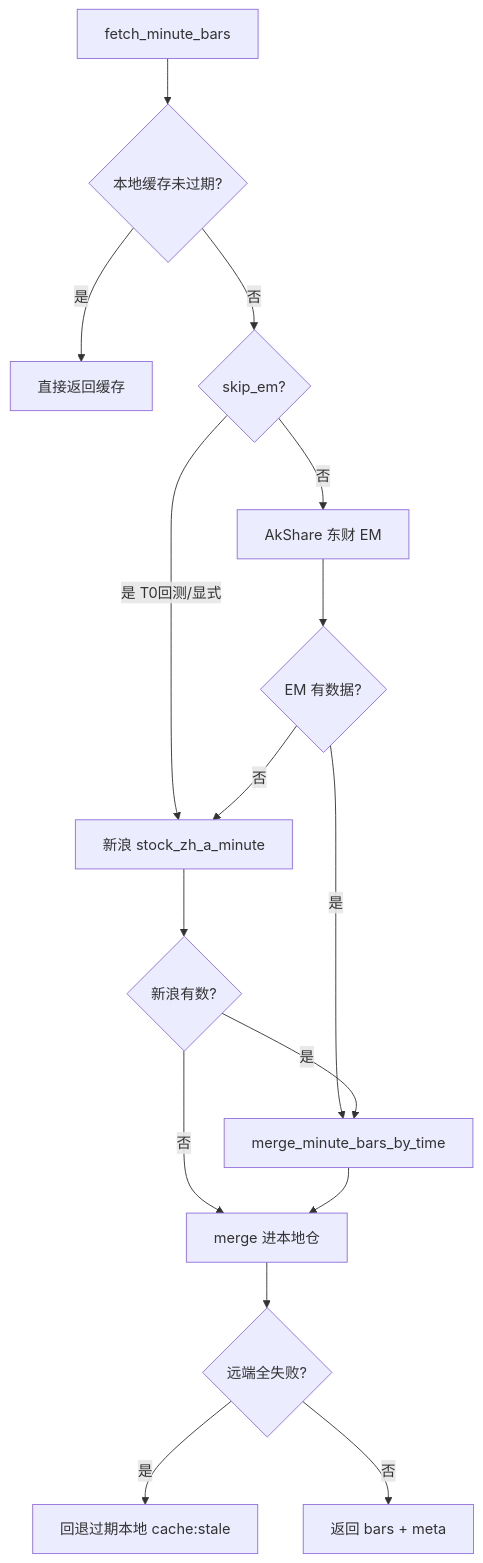
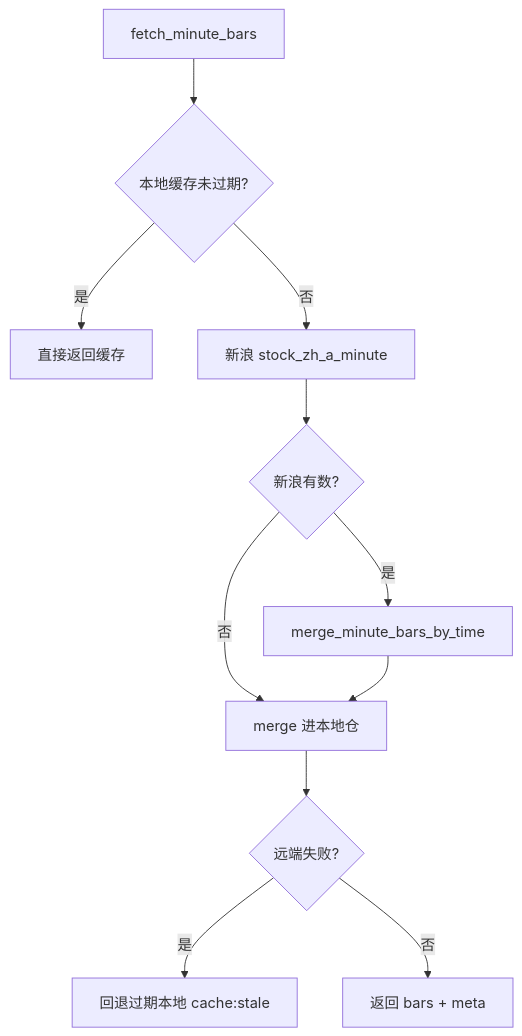
One commit to KaimingGao/workspace_gaokm changed the second of 3 diagrams in quantlab/docs/component/data.md. Above: the diagram before and after it, drawn with Mermaid. The commit also changed other lines of this file and 63 other files, not shown here.

````diff
--- a/quantlab/docs/component/data.md
+++ b/quantlab/docs/component/data.md
@@ -115,18 +113,13 @@
 ```mermaid
 flowchart TD
   A[fetch_minute_bars] --> B{本地缓存未过期?}
   B -->|是| C[直接返回缓存]
-  B -->|否| D{skip_em?}
-  D -->|否| F[AkShare 东财 EM]
-  D -->|是 T0回测/显式| ST
-  F --> G{EM 有数据?}
-  G -->|否| ST[新浪 stock_zh_a_minute]
-  G -->|是| J[merge_minute_bars_by_time]
+  B -->|否| ST[新浪 stock_zh_a_minute]
   ST --> STQ{新浪有数?}
-  STQ -->|是| J
+  STQ -->|是| J[merge_minute_bars_by_time]
   STQ -->|否| K
   J --> K[merge 进本地仓]
-  K --> L{远端全失败?}
+  K --> L{远端失败?}
   L -->|是| M[回退过期本地 cache:stale]
   L -->|否| N[返回 bars + meta]
 ```
````
